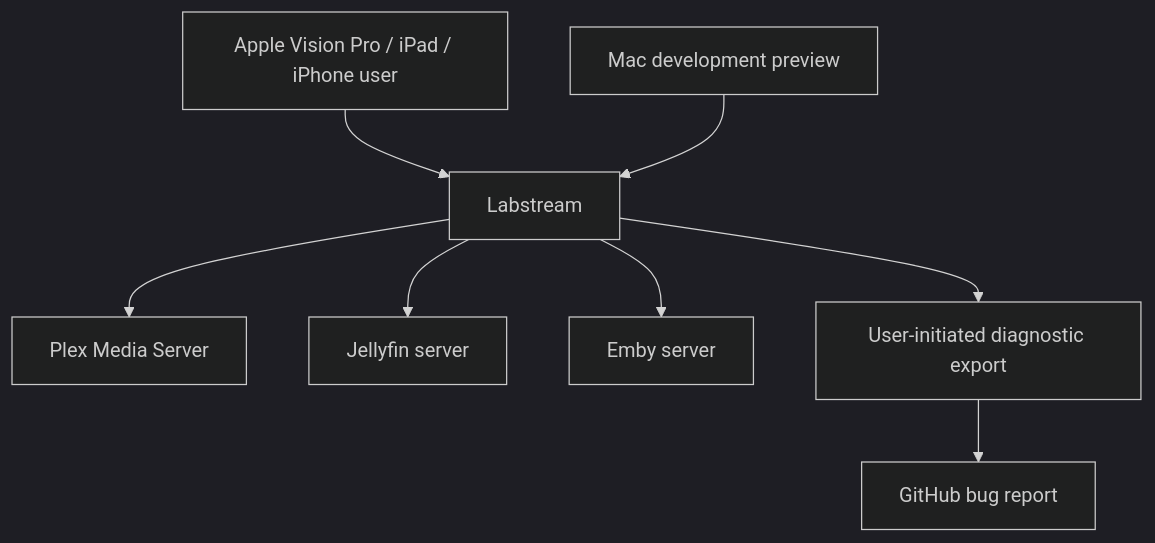
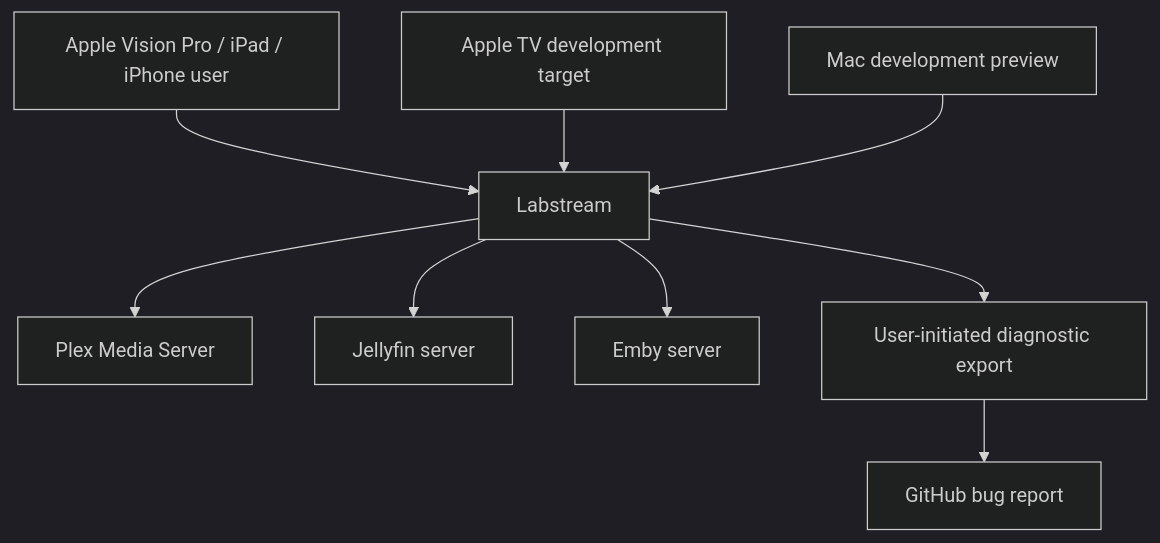
Before and after one commit to jlipworth/Labstream: the diagram in docs/index.md, drawn with Mermaid (dark theme). The commit also changed other lines of this file and 123 other files, not shown here.

````diff
--- a/docs/index.md
+++ b/docs/index.md
@@ -10,12 +11,13 @@
 ```mermaid
 flowchart TD
   accTitle: Labstream service topology
-  accDescr: Labstream runs on supported Apple devices or the Mac development preview, connects directly to a user-selected Plex, Jellyfin, or Emby server, and exports diagnostics only when the user chooses to report a bug.
+  accDescr: Labstream runs on supported Apple devices, the Apple TV development target, or the Mac development preview; it connects directly to a user-selected Plex, Jellyfin, or Emby server and exports diagnostics only when the user chooses to report a bug.
   User[Apple Vision Pro / iPad / iPhone user] --> App[Labstream]
+  TV[Apple TV development target] --> App
   Mac[Mac development preview] --> App
   App --> Plex[Plex Media Server]
   App --> Jellyfin[Jellyfin server]
   App --> Emby[Emby server]
   App --> Report[User-initiated diagnostic export]
   Report --> Issue[GitHub bug report]
 ```
````
